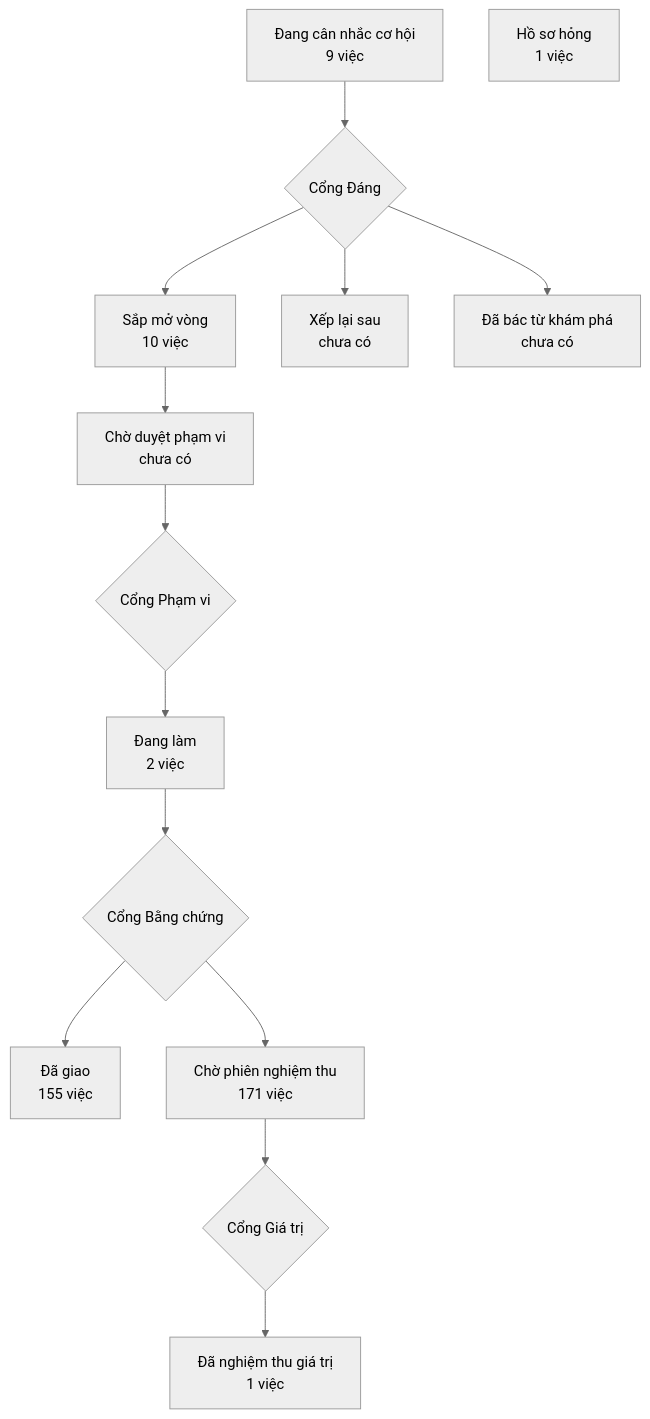
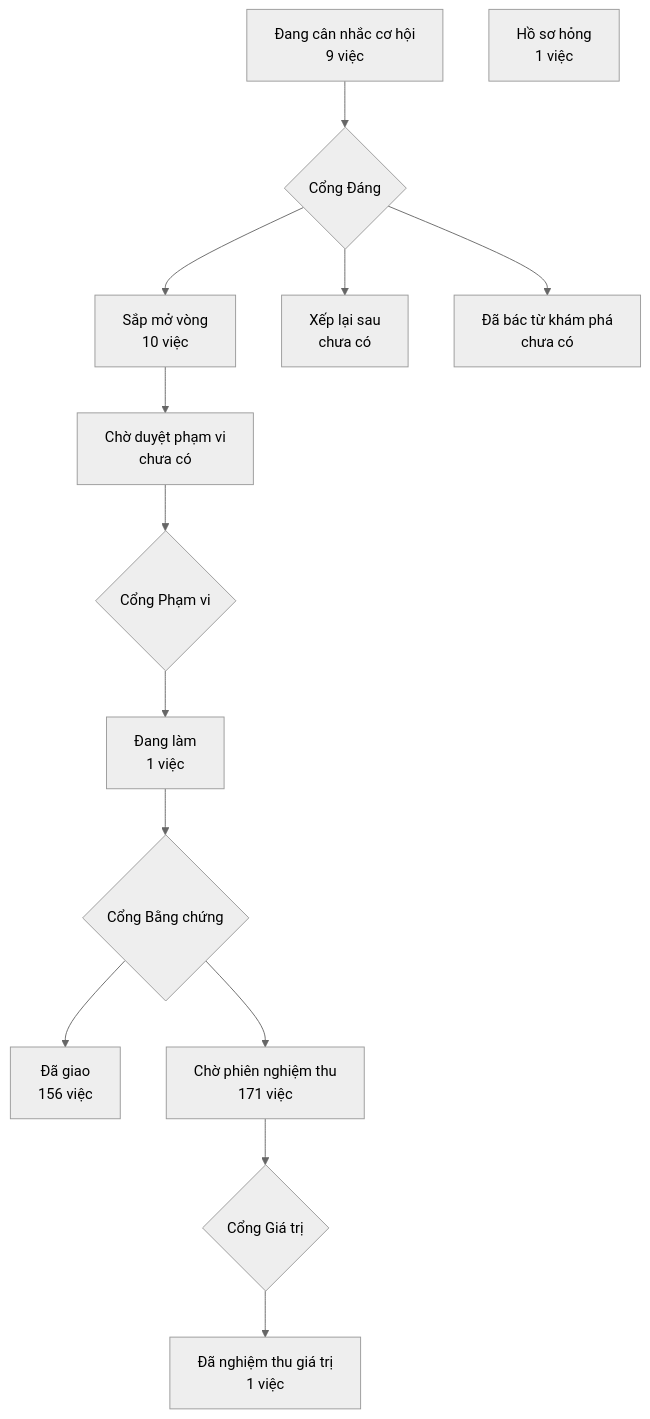
The diagram in PRODUCT-MAP.md (phanlemanh/crm-onehub), drawn with Mermaid (neutral theme) before and after one commit. The commit also changed 4 other files, not shown here.

````diff
--- a/PRODUCT-MAP.md
+++ b/PRODUCT-MAP.md
@@ -7,13 +7,13 @@
 ```mermaid
 flowchart TD
   A["Đang cân nhắc cơ hội<br/>9 việc"] --> GD{"Cổng Đáng"}
   GD --> B["Sắp mở vòng<br/>10 việc"]
   GD --> XL["Xếp lại sau<br/>chưa có"]
   GD --> DB["Đã bác từ khám phá<br/>chưa có"]
   B --> CD["Chờ duyệt phạm vi<br/>chưa có"] --> GP{"Cổng Phạm vi"}
-  GP --> DL["Đang làm<br/>2 việc"] --> GB{"Cổng Bằng chứng"}
-  GB --> DG["Đã giao<br/>155 việc"]
+  GP --> DL["Đang làm<br/>1 việc"] --> GB{"Cổng Bằng chứng"}
+  GB --> DG["Đã giao<br/>156 việc"]
   GB --> CN["Chờ phiên nghiệm thu<br/>171 việc"] --> GG{"Cổng Giá trị"}
   GG --> NT["Đã nghiệm thu giá trị<br/>1 việc"]
   HS["Hồ sơ hỏng<br/>1 việc"]
 ```
````
